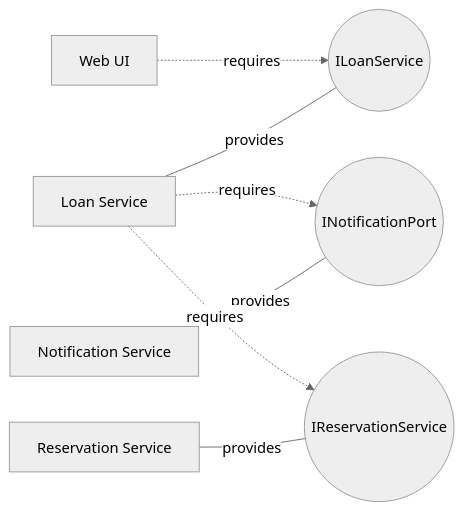
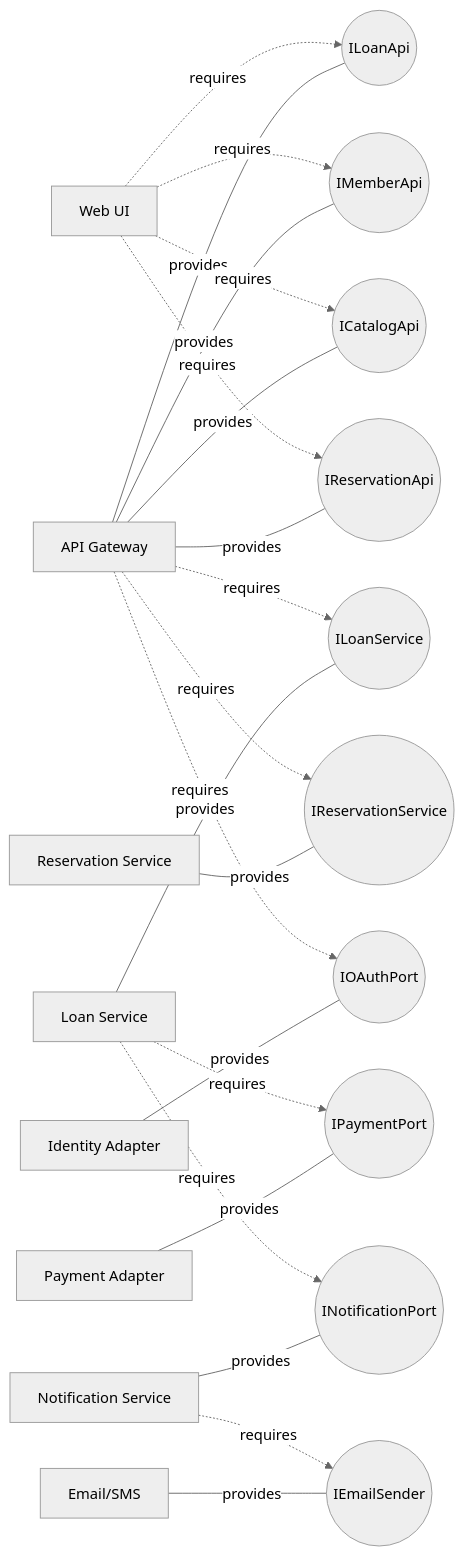
The second of 2 diagrams in task-5/component.md (veronikapaschenkor29-png/Library-Modeling-and-Analysis-of-Software-Requirements), drawn with Mermaid (neutral theme) before and after one commit. The commit also changed other lines of this file and 1 other file, not shown here.

Commit message:
fix(task-5): isolate external systems via adapters, add API gateway

````diff
--- a/task-5/component.md
+++ b/task-5/component.md
@@ -54,9 +74,25 @@
 ```mermaid
 flowchart LR
-    WebUI[Web UI] -.->|requires| ILoanService((ILoanService))
+    WebUI[Web UI] -.->|requires| ILoanApi((ILoanApi))
+    Gateway[API Gateway] ---|provides| ILoanApi
+    WebUI -.->|requires| IMemberApi((IMemberApi))
+    Gateway ---|provides| IMemberApi
+    WebUI -.->|requires| ICatalogApi((ICatalogApi))
+    Gateway ---|provides| ICatalogApi
+    WebUI -.->|requires| IReservationApi((IReservationApi))
+    Gateway ---|provides| IReservationApi
+
+    Gateway -.->|requires| ILoanService((ILoanService))
     LoanService[Loan Service] ---|provides| ILoanService
+    Gateway -.->|requires| IReservationService((IReservationService))
+    ReservationService[Reservation Service] ---|provides| IReservationService
+
+    LoanService -.->|requires| IPaymentPort((IPaymentPort))
+    PaymentAdapter[Payment Adapter] ---|provides| IPaymentPort
+    Gateway -.->|requires| IOAuthPort((IOAuthPort))
+    IdentityAdapter[Identity Adapter] ---|provides| IOAuthPort
     LoanService -.->|requires| INotificationPort((INotificationPort))
     NotificationService[Notification Service] ---|provides| INotificationPort
-    LoanService -.->|requires| IReservationService((IReservationService))
-    ReservationService[Reservation Service] ---|provides| IReservationService
+    NotificationService -.->|requires| IEmailSender((IEmailSender))
+    EmailSMS[Email/SMS] ---|provides| IEmailSender
 ```
````
